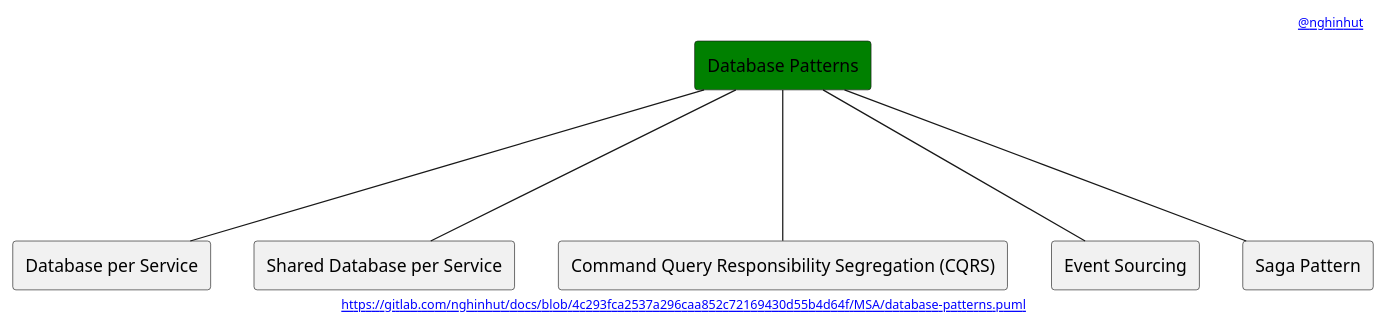
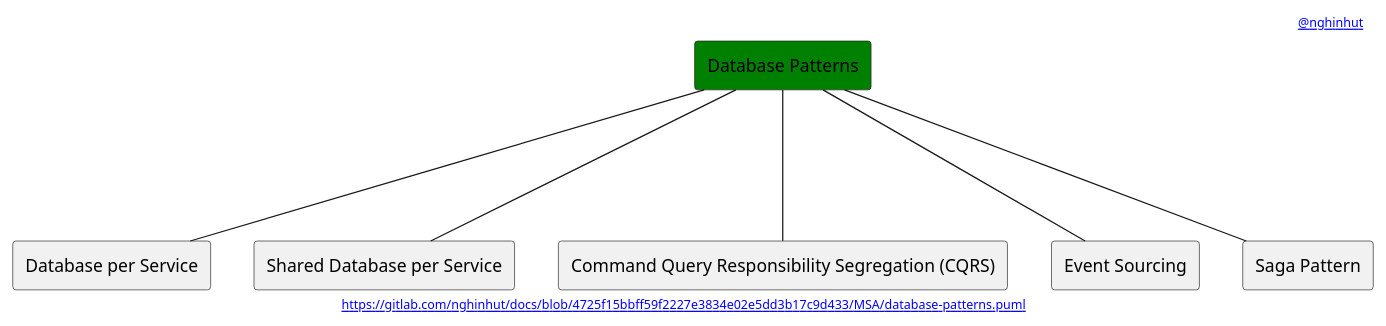
One commit to nghinhut/docs changed the diagram in MSA/database-patterns.puml. Above: the diagram before and after it, drawn with PlantUML. The commit also changed 18 other files, not shown here.

Commit message:
Update diagrams

```diff
--- a/MSA/database-patterns.puml
+++ b/MSA/database-patterns.puml
@@ -1,20 +1,20 @@
 @startuml
 '-----START auto generated metadata please keep comment here to allow auto update-----
 '-----DON'T EDIT THIS SECTION, INSTEAD RE-RUN prebuild.sh TO UPDATE-----
 header [[mailto:nghinhut@gmail.com @nghinhut]]
-footer [[https://gitlab.com/nghinhut/docs/blob/4c293fca2537a296caa852c72169430d55b4d64f/MSA/database-patterns.puml]]
+footer [[http://www.plantuml.com/plantuml/proxy?fmt=svg&src=https://gitlab.com/nghinhut/docs/raw/4725f15bbff59f2227e3834e02e5dd3b17c9d433/MSA/database-patterns.puml https://gitlab.com/nghinhut/docs/blob/4725f15bbff59f2227e3834e02e5dd3b17c9d433/MSA/database-patterns.puml]]
 '-----END auto generated metadata please keep comment here to allow auto update-----
 
 rectangle "Database Patterns" as Database #green
 
 rectangle "Database per Service" as DatabaseP1
 rectangle "Shared Database per Service" as DatabaseP2
 rectangle "Command Query Responsibility Segregation (CQRS)" as DatabaseP3
 rectangle "Event Sourcing" as DatabaseP4
 rectangle "Saga Pattern" as DatabaseP5
 Database --- DatabaseP1
 Database --- DatabaseP2
 Database --- DatabaseP3
 Database --- DatabaseP4
 Database --- DatabaseP5
 @enduml
```
